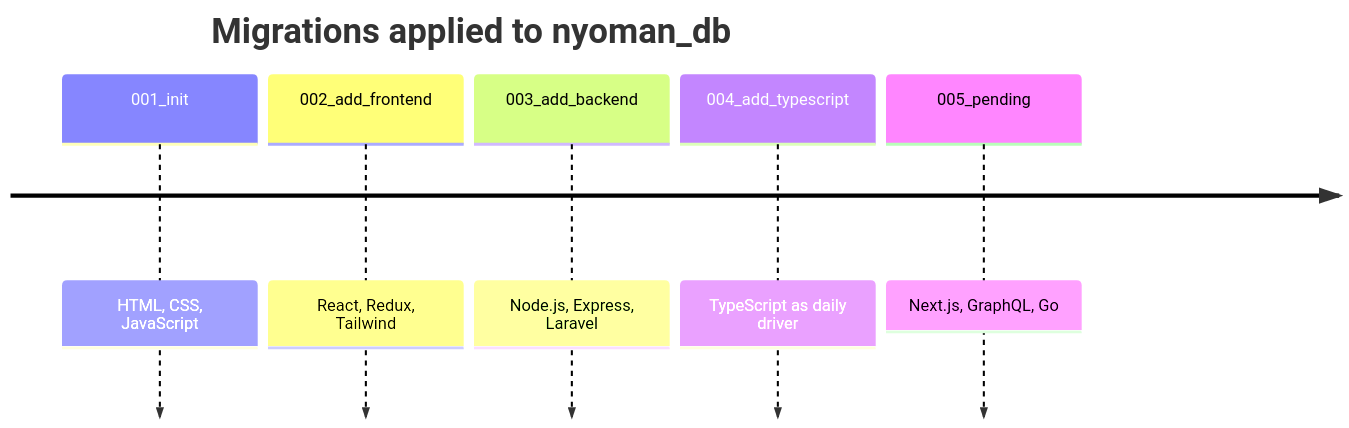
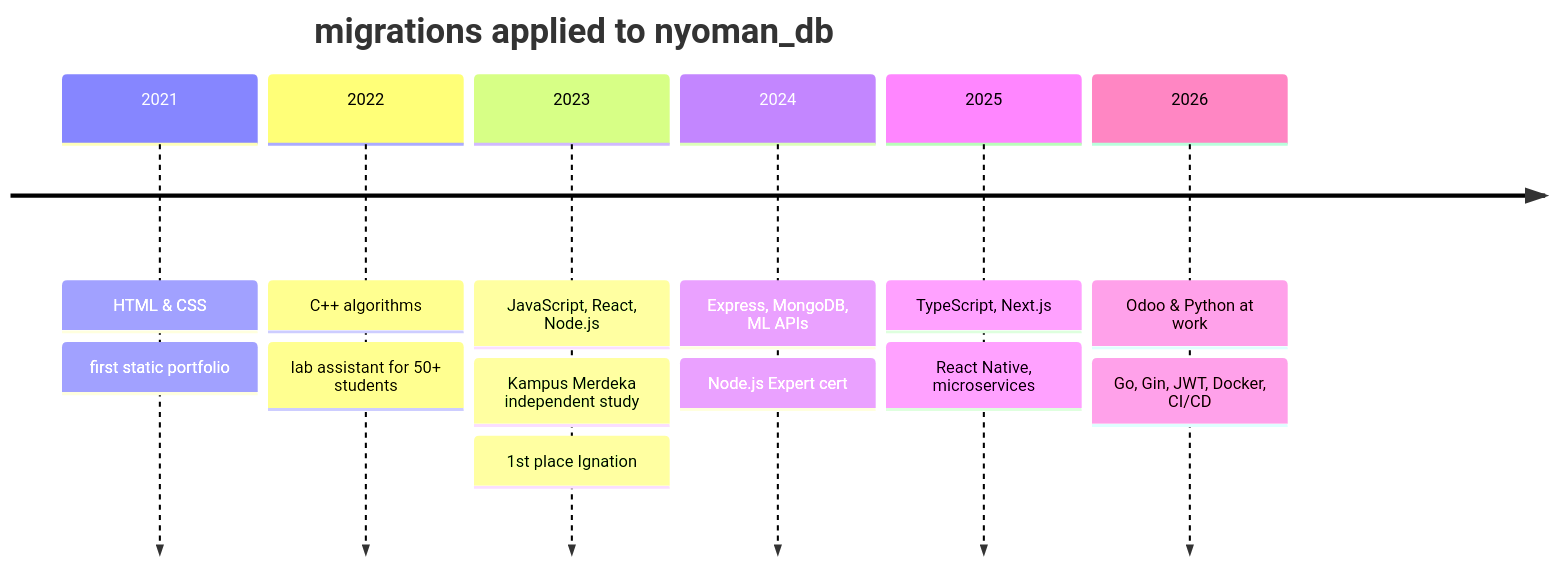
Before and after one commit to Marst313/Marst313: the third of 3 diagrams in README.md, drawn with Mermaid. The commit also changed other lines of this file, not shown here.

````diff
--- a/README.md
+++ b/README.md
@@ -89,9 +127,10 @@
 ```mermaid
 timeline
-    title Migrations applied to nyoman_db
-    001_init : HTML, CSS, JavaScript
-    002_add_frontend : React, Redux, Tailwind
-    003_add_backend : Node.js, Express, Laravel
-    004_add_typescript : TypeScript as daily driver
-    005_pending : Next.js, GraphQL, Go
+    title migrations applied to nyoman_db
+    2021 : HTML & CSS : first static portfolio
+    2022 : C++ algorithms : lab assistant for 50+ students
+    2023 : JavaScript, React, Node.js : Kampus Merdeka independent study : 1st place Ignation
+    2024 : Express, MongoDB, ML APIs : Node.js Expert cert
+    2025 : TypeScript, Next.js : React Native, microservices
+    2026 : Odoo & Python at work : Go, Gin, JWT, Docker, CI/CD
 ```
````
